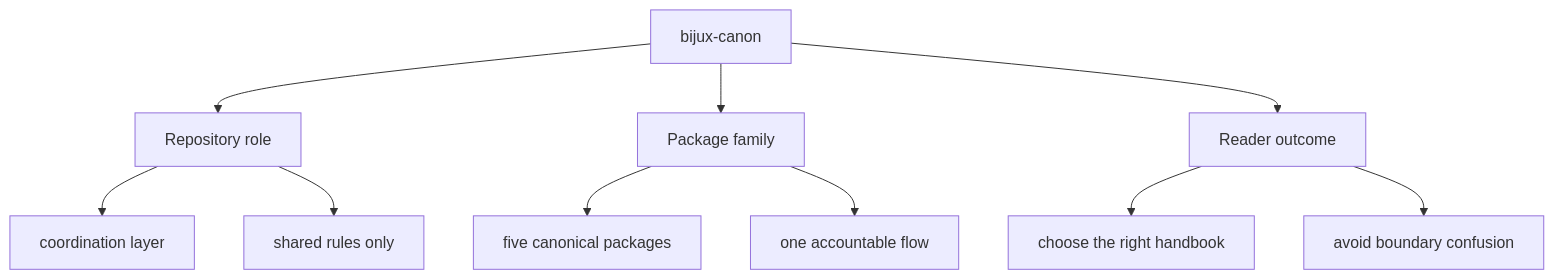
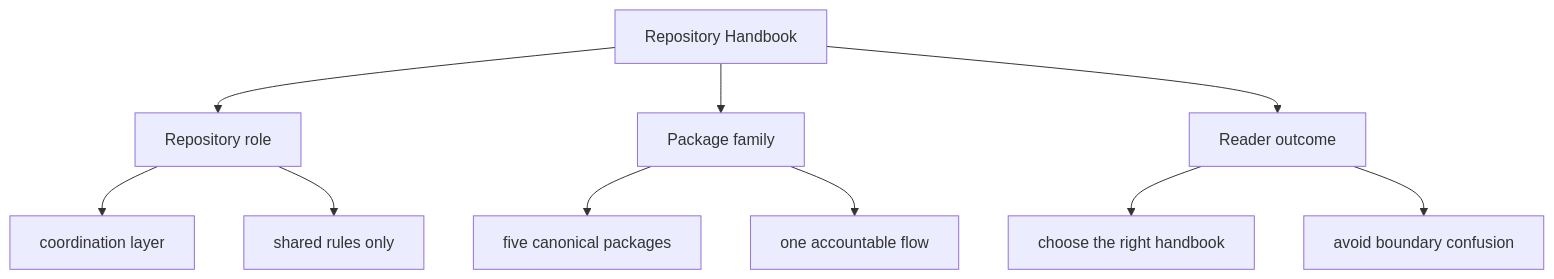
Before and after one commit to bijux/bijux-canon: the second of 2 diagrams in docs/bijux-canon/index.md, drawn with Mermaid. The commit also changed other lines of this file and 261 other files, not shown here.

Commit message:
docs(canon): unify handbook style with the shared bijux docs system

````diff
--- a/docs/bijux-canon/index.md
+++ b/docs/bijux-canon/index.md
@@ -51,22 +51,22 @@
 ```mermaid
 flowchart TD
-    page["bijux-canon"]
+    page["Repository Handbook"]
     focus1["Repository role"]
     page --> focus1
     focus1_1["coordination layer"]
     focus1 --> focus1_1
     focus1_2["shared rules only"]
     focus1 --> focus1_2
     focus2["Package family"]
     page --> focus2
     focus2_1["five canonical packages"]
     focus2 --> focus2_1
     focus2_2["one accountable flow"]
     focus2 --> focus2_2
     focus3["Reader outcome"]
     page --> focus3
     focus3_1["choose the right handbook"]
     focus3 --> focus3_1
     focus3_2["avoid boundary confusion"]
     focus3 --> focus3_2
 ```
````
